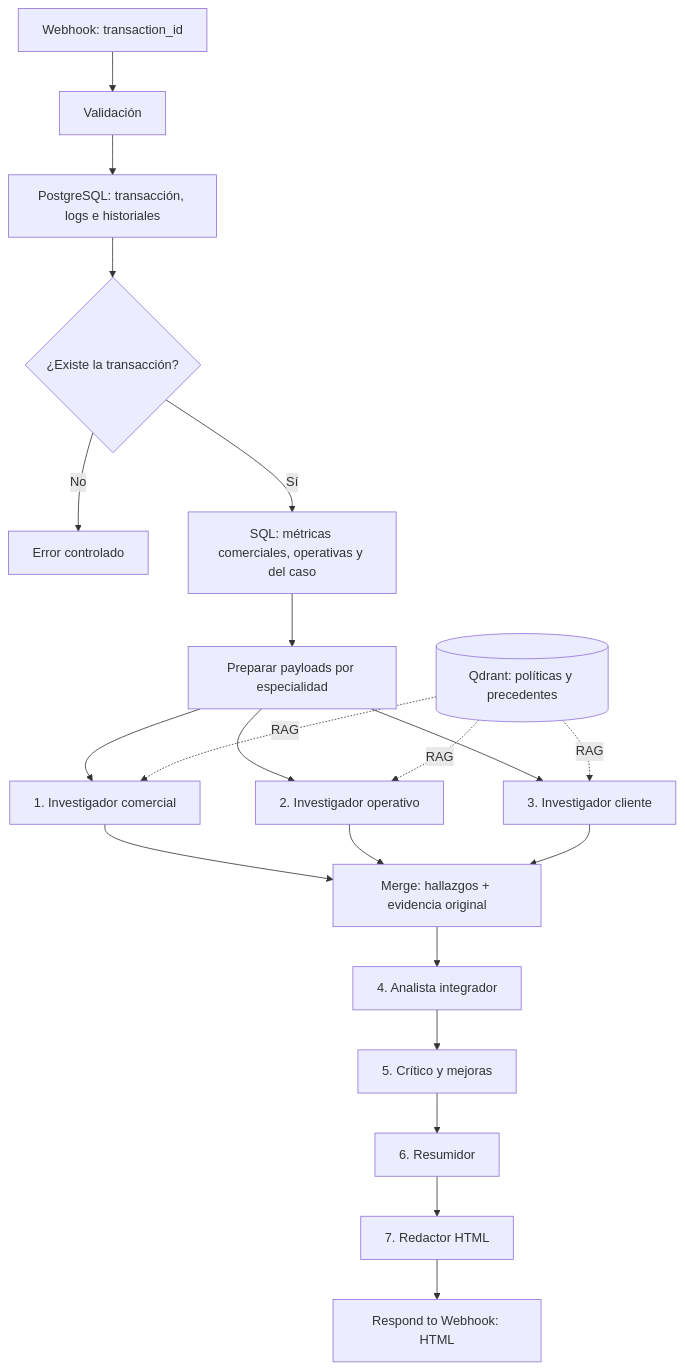
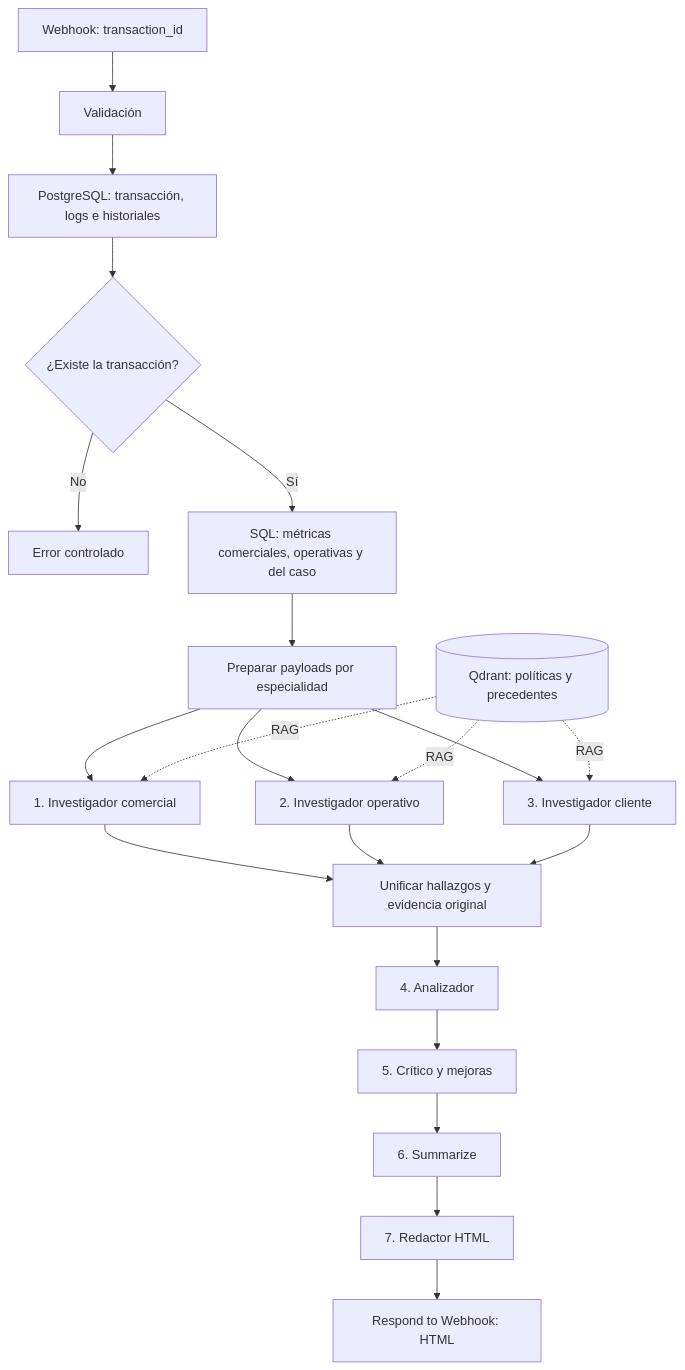
One commit to estelucero/prueba-tecnica-meli changed the diagram in DIAGRAMA_SOLUCION.md. Above: the diagram before and after it, drawn with Mermaid. The commit also changed other lines of this file and 4 other files, not shown here.

````diff
--- a/DIAGRAMA_SOLUCION.md
+++ b/DIAGRAMA_SOLUCION.md
@@ -9,23 +13,23 @@
 ```mermaid
 flowchart TD
     W[Webhook: transaction_id] --> V[Validación]
     V --> T[PostgreSQL: transacción, logs e historiales]
     T --> F{¿Existe la transacción?}
     F -- No --> E[Error controlado]
     F -- Sí --> M[SQL: métricas comerciales, operativas y del caso]
     M --> P[Preparar payloads por especialidad]
     P --> C[1. Investigador comercial]
     P --> O[2. Investigador operativo]
     P --> U[3. Investigador cliente]
     Q[(Qdrant: políticas y precedentes)] -. RAG .-> C
     Q -. RAG .-> O
     Q -. RAG .-> U
-    C --> J[Merge: hallazgos + evidencia original]
+    C --> J[Unificar hallazgos y evidencia original]
     O --> J
     U --> J
-    J --> A[4. Analista integrador]
+    J --> A[4. Analizador]
     A --> K[5. Crítico y mejoras]
-    K --> R[6. Resumidor]
+    K --> R[6. Summarize]
     R --> H[7. Redactor HTML]
     H --> X[Respond to Webhook: HTML]
 ```
````
